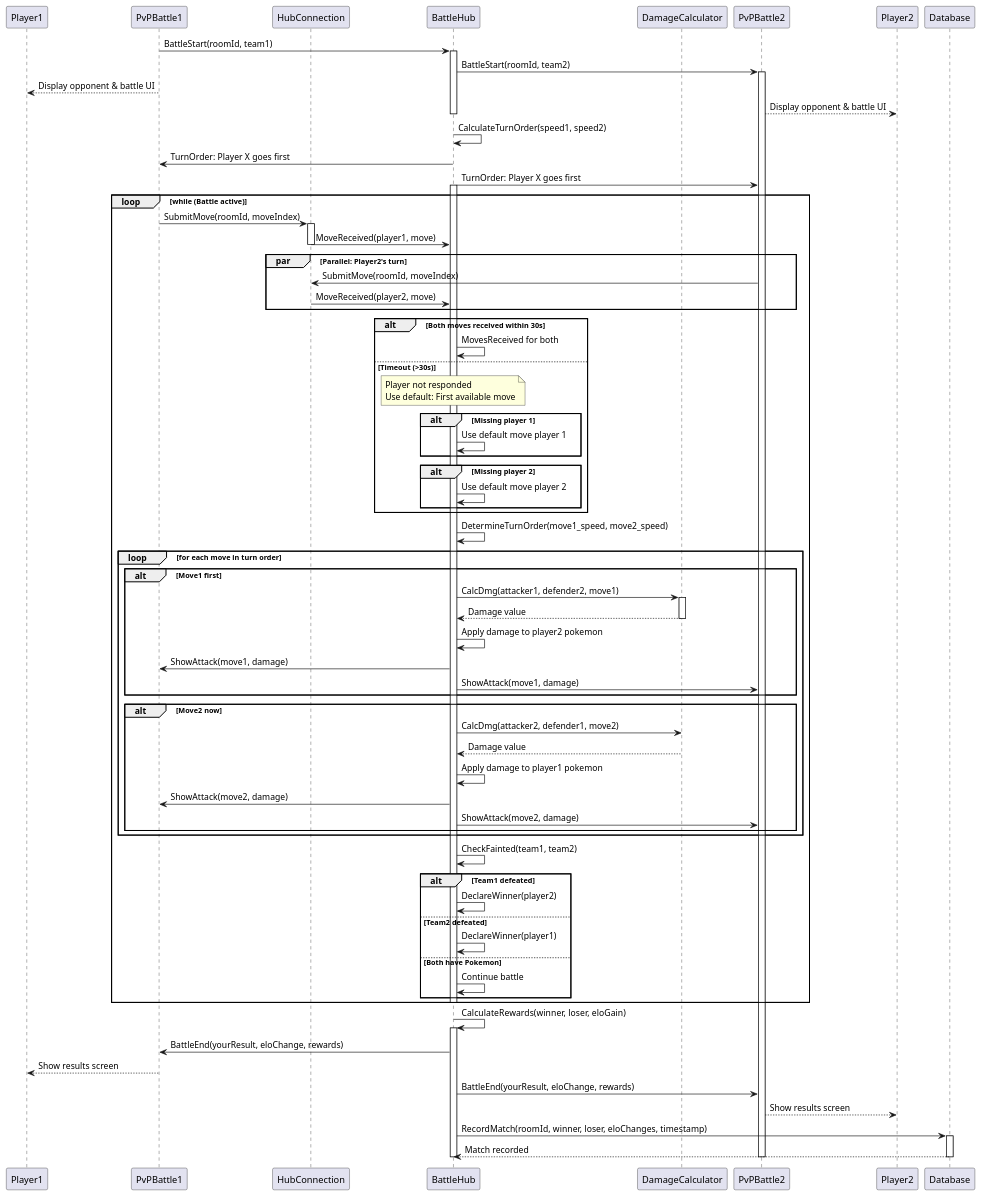
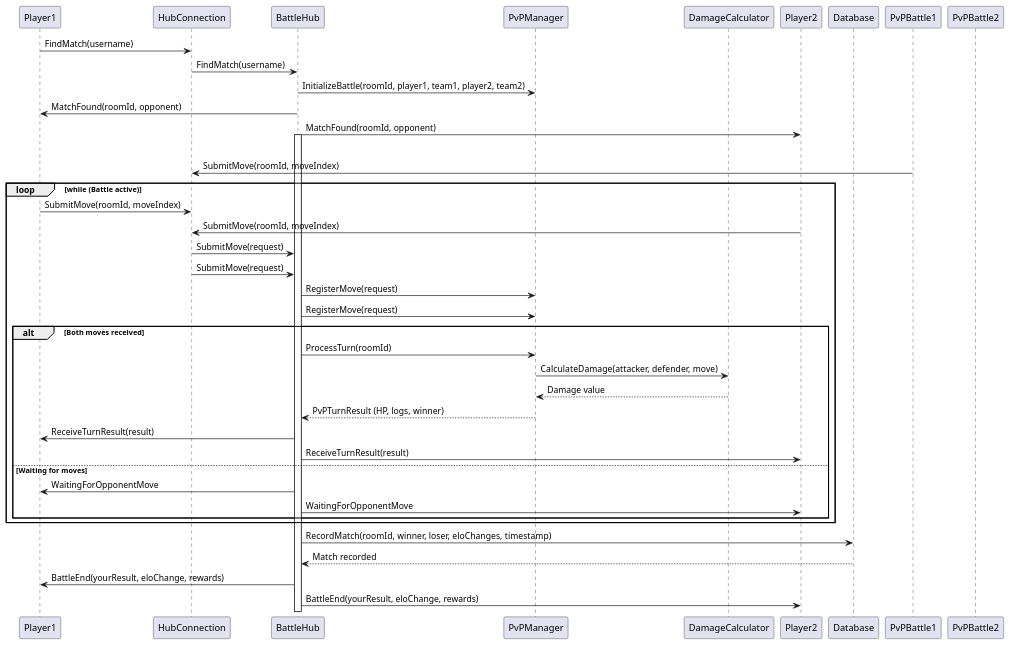
One commit to devKasumi/PokemonConsole changed the diagram in TurnBasedPokemon/Diagram/SequenceDiagram/Detailed_UC9_PvPBattle_Sequence.plantuml. Above: the diagram before and after it, drawn with PlantUML. The commit also changed 20 other files, not shown here.

```diff
--- a/TurnBasedPokemon/Diagram/SequenceDiagram/Detailed_UC9_PvPBattle_Sequence.plantuml
+++ b/TurnBasedPokemon/Diagram/SequenceDiagram/Detailed_UC9_PvPBattle_Sequence.plantuml
@@ -1,107 +1,45 @@
 @startuml UC9_PvPBattle_Sequence
 participant Player1
-participant PvPBattle1
 participant HubConnection
 participant BattleHub
+participant PvPManager
 participant DamageCalculator
-participant PvPBattle2
 participant Player2
 participant Database
 
-PvPBattle1 -> BattleHub: BattleStart(roomId, team1)
-activate BattleHub
-BattleHub -> PvPBattle2: BattleStart(roomId, team2)
-activate PvPBattle2
-
-PvPBattle1 --> Player1: Display opponent & battle UI
-PvPBattle2 --> Player2: Display opponent & battle UI
-deactivate BattleHub
-
-BattleHub -> BattleHub: CalculateTurnOrder(speed1, speed2)
-BattleHub -> PvPBattle1: TurnOrder: Player X goes first
-BattleHub -> PvPBattle2: TurnOrder: Player X goes first
+Player1 -> HubConnection: FindMatch(username)
+HubConnection -> BattleHub: FindMatch(username)
+BattleHub -> PvPManager: InitializeBattle(roomId, player1, team1, player2, team2)
+BattleHub -> Player1: MatchFound(roomId, opponent)
+BattleHub -> Player2: MatchFound(roomId, opponent)
 
 loop while (Battle active)
   activate BattleHub
   
   PvPBattle1 -> HubConnection: SubmitMove(roomId, moveIndex)
-  activate HubConnection
-  HubConnection -> BattleHub: MoveReceived(player1, move)
-  deactivate HubConnection
-  
-  par Parallel: Player2's turn
-    PvPBattle2 -> HubConnection: SubmitMove(roomId, moveIndex)
-    HubConnection -> BattleHub: MoveReceived(player2, move)
-  end
-  
-  alt Both moves received within 30s
-    BattleHub -> BattleHub: MovesReceived for both
-    
-  else Timeout (>30s)
-    note over BattleHub
-      Player not responded
-      Use default: First available move
-    end note
-    alt Missing player 1
-      BattleHub -> BattleHub: Use default move player 1
-    end
-    alt Missing player 2
-      BattleHub -> BattleHub: Use default move player 2
+
+  loop while (Battle active)
+    Player1 -> HubConnection: SubmitMove(roomId, moveIndex)
+    Player2 -> HubConnection: SubmitMove(roomId, moveIndex)
+    HubConnection -> BattleHub: SubmitMove(request)
+    HubConnection -> BattleHub: SubmitMove(request)
+    BattleHub -> PvPManager: RegisterMove(request)
+    BattleHub -> PvPManager: RegisterMove(request)
+    alt Both moves received
+      BattleHub -> PvPManager: ProcessTurn(roomId)
+      PvPManager -> DamageCalculator: CalculateDamage(attacker, defender, move)
+      DamageCalculator --> PvPManager: Damage value
+      PvPManager --> BattleHub: PvPTurnResult (HP, logs, winner)
+      BattleHub -> Player1: ReceiveTurnResult(result)
+      BattleHub -> Player2: ReceiveTurnResult(result)
+    else Waiting for moves
+      BattleHub -> Player1: WaitingForOpponentMove
+      BattleHub -> Player2: WaitingForOpponentMove
     end
   end
-  
-  BattleHub -> BattleHub: DetermineTurnOrder(move1_speed, move2_speed)
-  
-  loop for each move in turn order
-    alt Move1 first
-      BattleHub -> DamageCalculator: CalcDmg(attacker1, defender2, move1)
-      activate DamageCalculator
-      DamageCalculator --> BattleHub: Damage value
-      deactivate DamageCalculator
-      
-      BattleHub -> BattleHub: Apply damage to player2 pokemon
-      BattleHub -> PvPBattle1: ShowAttack(move1, damage)
-      BattleHub -> PvPBattle2: ShowAttack(move1, damage)
-      
-    end
-    
-    alt Move2 now
-      BattleHub -> DamageCalculator: CalcDmg(attacker2, defender1, move2)
-      DamageCalculator --> BattleHub: Damage value
-      
-      BattleHub -> BattleHub: Apply damage to player1 pokemon
-      BattleHub -> PvPBattle1: ShowAttack(move2, damage)
-      BattleHub -> PvPBattle2: ShowAttack(move2, damage)
-    end
-  end
-  
-  BattleHub -> BattleHub: CheckFainted(team1, team2)
-  
-  alt Team1 defeated
-    BattleHub -> BattleHub: DeclareWinner(player2)
-  else Team2 defeated
-    BattleHub -> BattleHub: DeclareWinner(player1)
-  else Both have Pokemon
-    BattleHub -> BattleHub: Continue battle
-  end
-  
-  deactivate BattleHub
-end
-
-BattleHub -> BattleHub: CalculateRewards(winner, loser, eloGain)
-activate BattleHub
-
-BattleHub -> PvPBattle1: BattleEnd(yourResult, eloChange, rewards)
-PvPBattle1 --> Player1: Show results screen
-
-BattleHub -> PvPBattle2: BattleEnd(yourResult, eloChange, rewards)
-PvPBattle2 --> Player2: Show results screen
-
+deactivate PvPBattle2
 BattleHub -> Database: RecordMatch(roomId, winner, loser, eloChanges, timestamp)
-activate Database
 Database --> BattleHub: Match recorded
-deactivate Database
-
-deactivate PvPBattle2
-deactivate BattleHub
+BattleHub -> Player1: BattleEnd(yourResult, eloChange, rewards)
+BattleHub -> Player2: BattleEnd(yourResult, eloChange, rewards)
 @enduml
```
